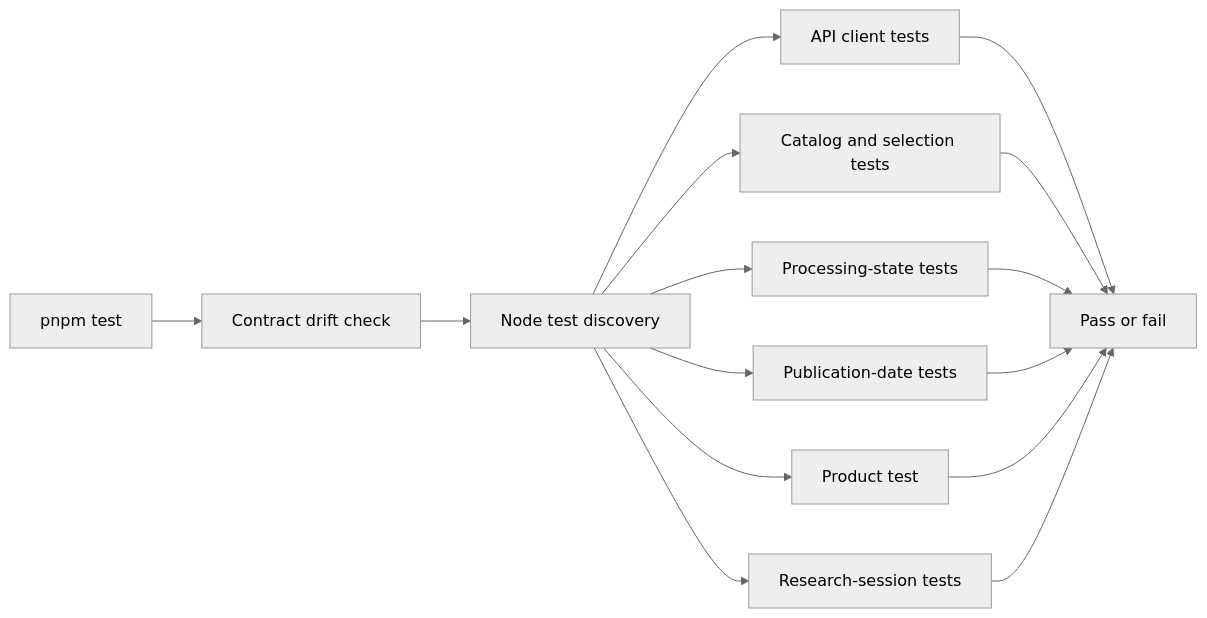
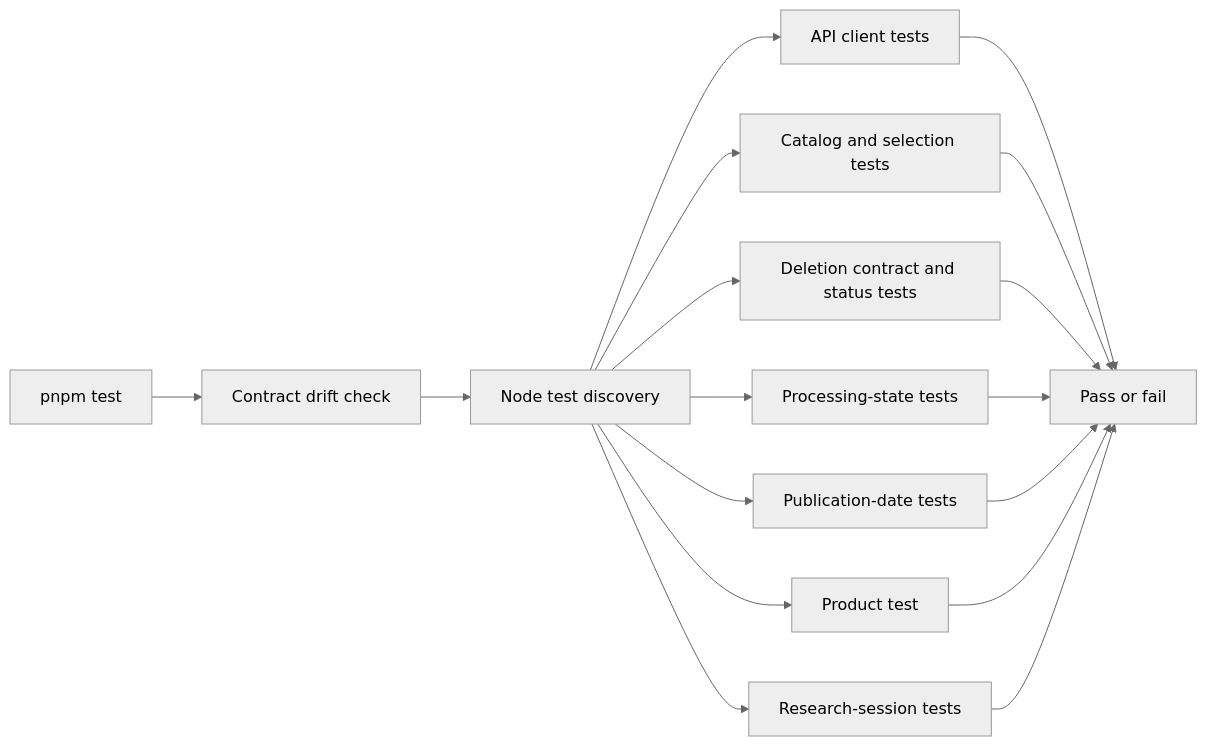
The diagram in frontend/tests/README.md (rnkraus/investment-research), drawn with Mermaid (neutral theme) before and after one commit. The commit also changed other lines of this file and 7 other files, not shown here.

````diff
--- a/frontend/tests/README.md
+++ b/frontend/tests/README.md
@@ -17,17 +18,19 @@
 ```mermaid
 flowchart LR
     TEST[pnpm test] --> CONTRACT[Contract drift check]
     CONTRACT --> DISCOVERY[Node test discovery]
     DISCOVERY --> API[API client tests]
     DISCOVERY --> CATALOG[Catalog and selection tests]
+    DISCOVERY --> DELETION[Deletion contract and status tests]
     DISCOVERY --> PROCESSING[Processing-state tests]
     DISCOVERY --> DATE[Publication-date tests]
     DISCOVERY --> PRODUCT[Product test]
     DISCOVERY --> RESEARCH[Research-session tests]
     API --> RESULT[Pass or fail]
     CATALOG --> RESULT
+    DELETION --> RESULT
     PROCESSING --> RESULT
     DATE --> RESULT
     PRODUCT --> RESULT
     RESEARCH --> RESULT
 ```
````
